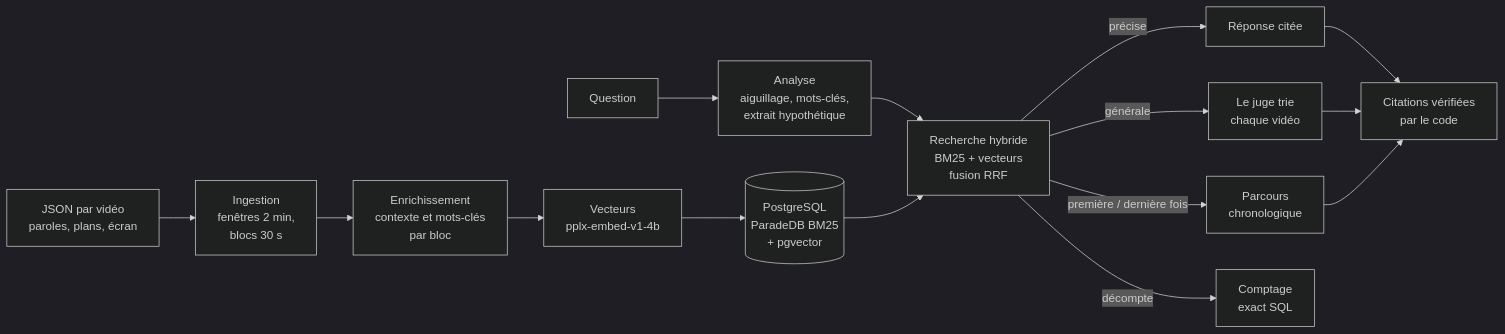
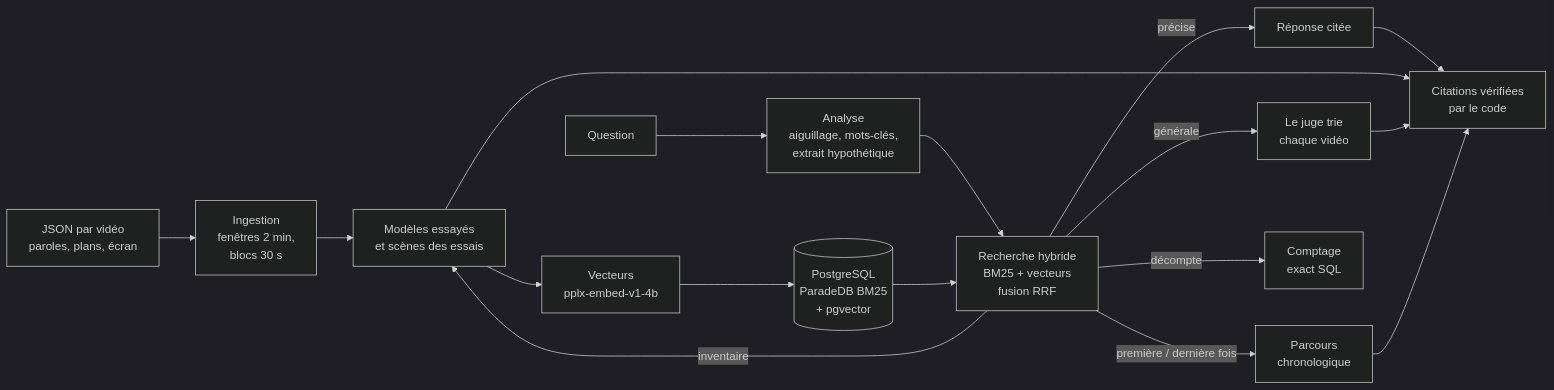
One commit to lfpoulain/ragator changed the second of 2 diagrams in README.md. Above: the diagram before and after it, drawn with Mermaid (dark theme). The commit also changed other lines of this file and 15 other files, not shown here.

Commit message:
Ajoute au chat l’inventaire sourcé des modèles testés

````diff
--- a/README.md
+++ b/README.md
@@ -324,17 +334,19 @@
 ```mermaid
 flowchart LR
   J[JSON par vidéo<br/>paroles, plans, écran] --> I[Ingestion<br/>fenêtres 2 min,<br/>blocs 30 s]
   I --> E[Enrichissement<br/>contexte et mots-clés<br/>par bloc]
   E --> V[Vecteurs<br/>pplx-embed-v1-4b]
   V --> DB[(PostgreSQL<br/>ParadeDB BM25<br/>+ pgvector)]
   Q[Question] --> A[Analyse<br/>aiguillage, mots-clés,<br/>extrait hypothétique]
   A --> S[Recherche hybride<br/>BM25 + vecteurs<br/>fusion RRF]
   DB --> S
   S -->|précise| P[Réponse citée]
+  S -->|inventaire| E[Modèles essayés<br/>et scènes des essais]
   S -->|générale| G[Le juge trie<br/>chaque vidéo]
   S -->|première / dernière fois| C[Parcours<br/>chronologique]
   S -->|décompte| L[Comptage<br/>exact SQL]
   P --> R[Citations vérifiées<br/>par le code]
+  E --> R
   G --> R
   C --> R
 ```
````
